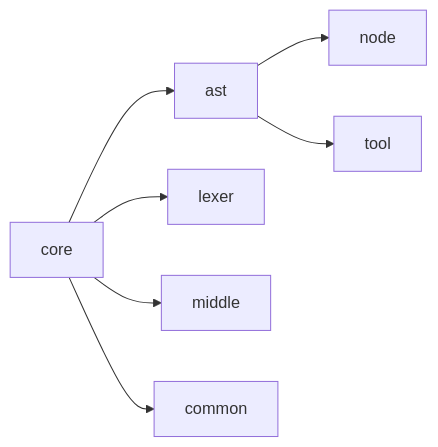
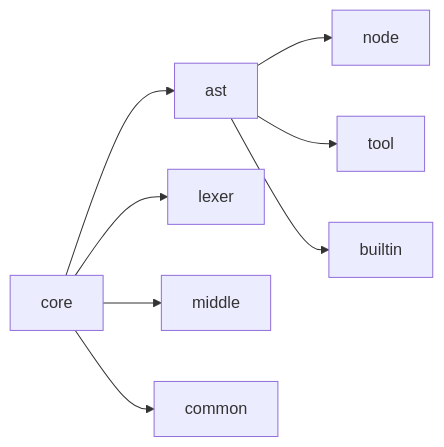
Before and after one commit to on-keyday/brgen: the diagram in web/doc/content/docs/src_core.md, drawn with Mermaid. The commit also changed other lines of this file and 15 other files, not shown here.

````diff
--- a/web/doc/content/docs/src_core.md
+++ b/web/doc/content/docs/src_core.md
@@ -20,9 +20,10 @@
 ```mermaid
 flowchart LR
 core-->ast
 ast-->node
 ast-->tool
+ast-->builtin
 core-->lexer
 core-->middle
 core-->common
 ```
````
